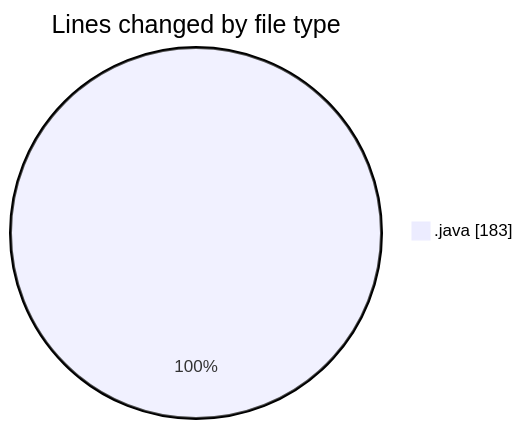
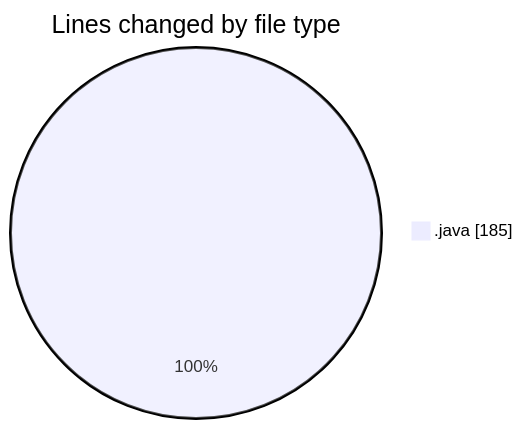
Before and after one commit to ricardozamudiocil/code-tracking: the first of 2 diagrams in 2026-04-28/cilwebcustomercomunication/README.md, drawn with Mermaid. The commit also changed other lines of this file and 1 other file, not shown here.

````diff
--- a/2026-04-28/cilwebcustomercomunication/README.md
+++ b/2026-04-28/cilwebcustomercomunication/README.md
@@ -20,5 +20,5 @@
 ```mermaid
 pie showData
 title Lines changed by file type
-".java" : 183
+".java" : 185
 ```
````
